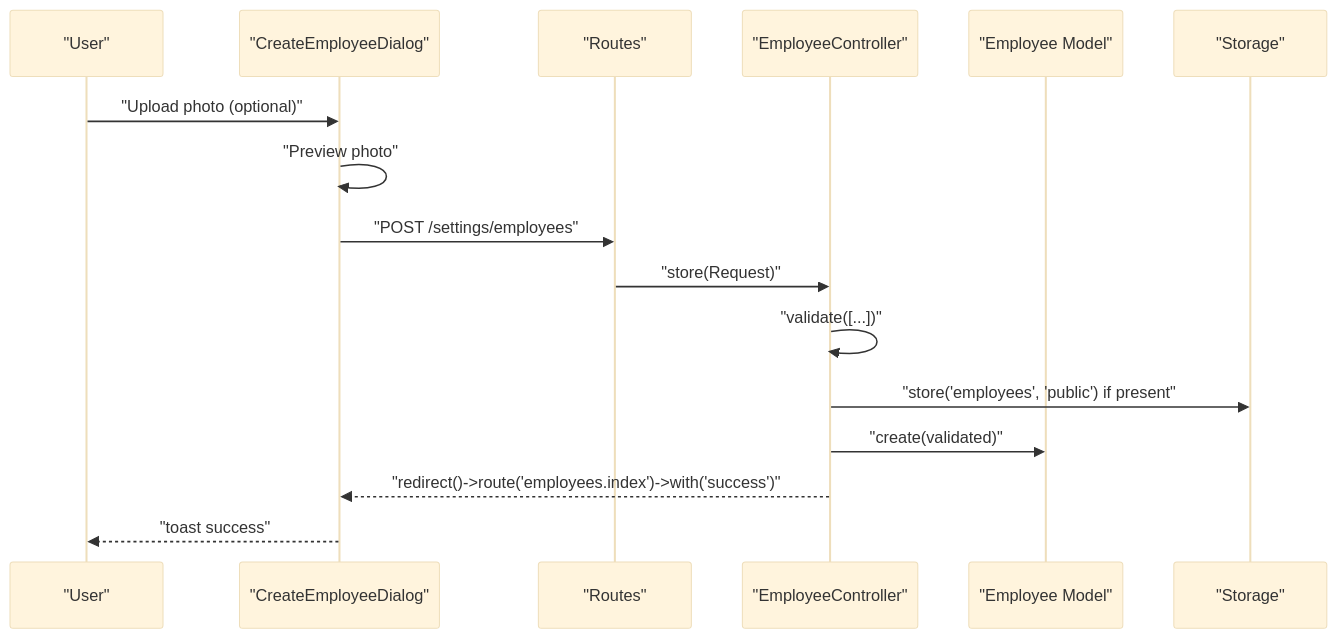
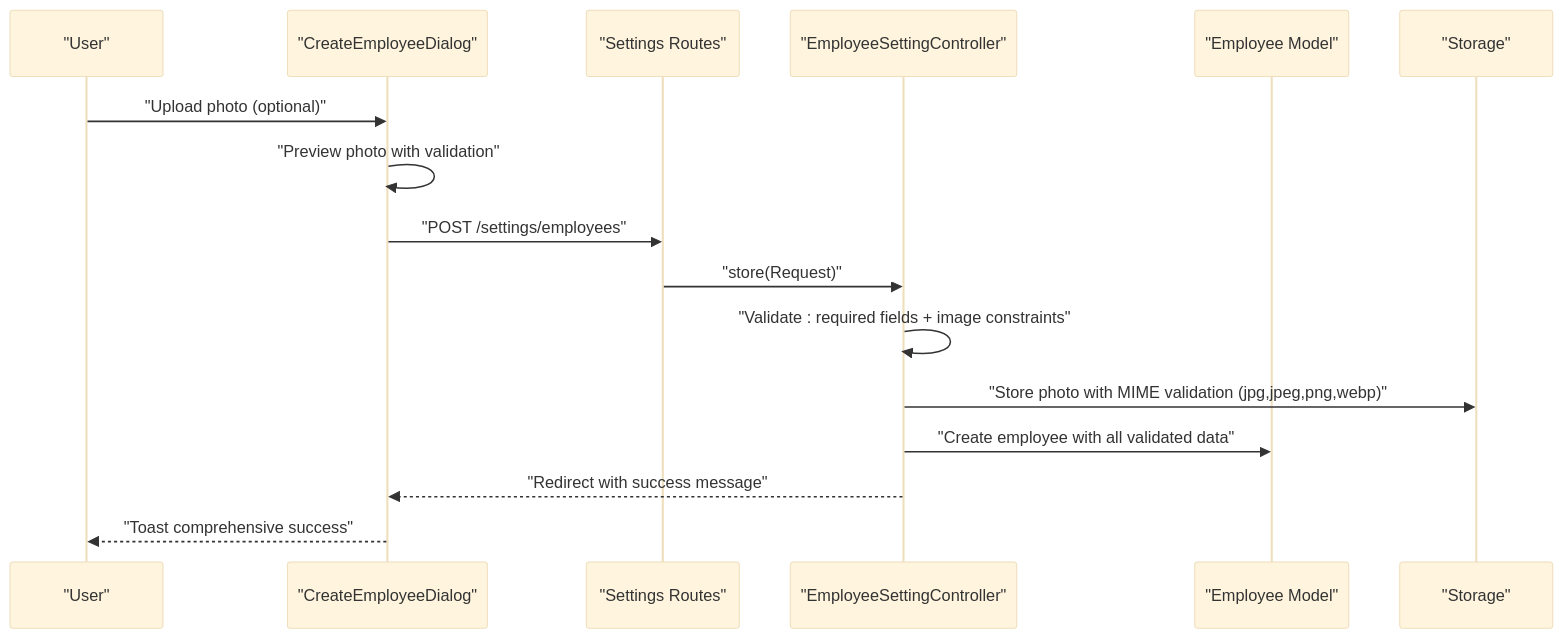
The third of 8 diagrams in .qoder/repowiki/en/content/Employee Management/Employee CRUD Operations.md (vincet0t15/template), drawn with Mermaid (base theme) before and after one commit. The commit also changed other lines of this file and 7 other files, not shown here.

````diff
--- a/.qoder/repowiki/en/content/Employee Management/Employee CRUD Operations.md
+++ b/.qoder/repowiki/en/content/Employee Management/Employee CRUD Operations.md
@@ -136,18 +173,18 @@
 ```mermaid
 sequenceDiagram
 participant U as "User"
 participant FE as "CreateEmployeeDialog"
-participant RT as "Routes"
-participant CT as "EmployeeController"
+participant RT as "Settings Routes"
+participant CT as "EmployeeSettingController"
 participant MD as "Employee Model"
 participant ST as "Storage"
 U->>FE : "Upload photo (optional)"
-FE->>FE : "Preview photo"
+FE->>FE : "Preview photo with validation"
 FE->>RT : "POST /settings/employees"
 RT->>CT : "store(Request)"
-CT->>CT : "validate([...])"
-CT->>ST : "store('employees', 'public') if present"
-CT->>MD : "create(validated)"
-CT-->>FE : "redirect()->route('employees.index')->with('success')"
-FE-->>U : "toast success"
+CT->>CT : "Validate : required fields + image constraints"
+CT->>ST : "Store photo with MIME validation (jpg,jpeg,png,webp)"
+CT->>MD : "Create employee with all validated data"
+CT-->>FE : "Redirect with success message"
+FE-->>U : "Toast comprehensive success"
 ```
````
